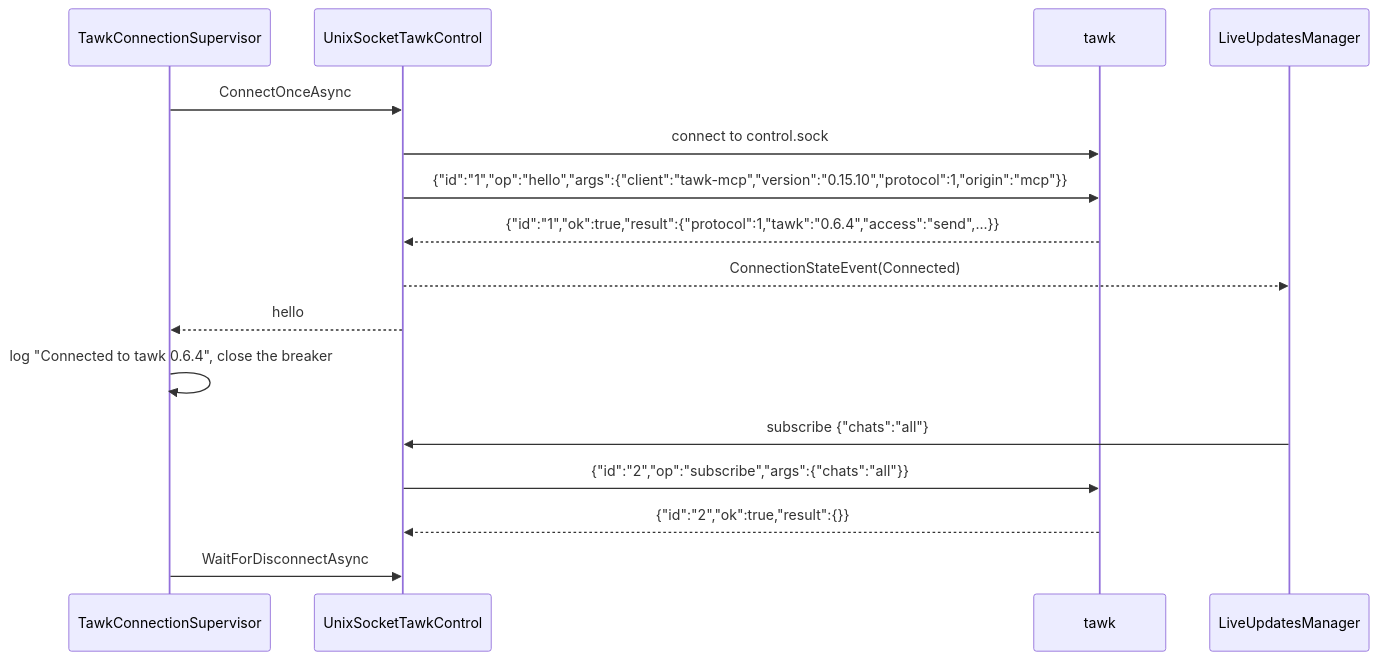
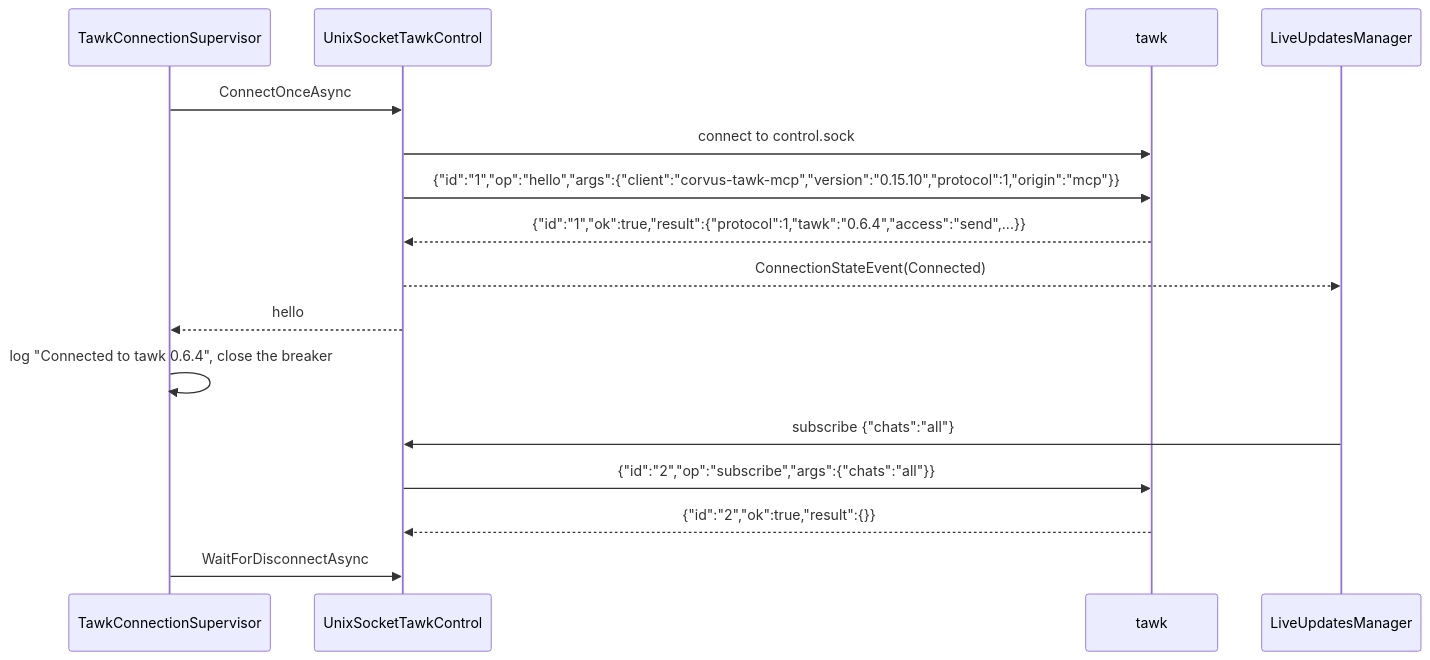
One commit to loganventer/Corvus.Mcp.Server.Tawk changed the first of 14 diagrams in HOW_IT_WORKS.md. Above: the diagram before and after it, drawn with Mermaid. The commit also changed other lines of this file and 15 other files, not shown here.

````diff
--- a/HOW_IT_WORKS.md
+++ b/HOW_IT_WORKS.md
@@ -31,19 +31,19 @@
 ```mermaid
 sequenceDiagram
     participant S as TawkConnectionSupervisor
     participant C as UnixSocketTawkControl
     participant T as tawk
     participant L as LiveUpdatesManager
 
     S->>C: ConnectOnceAsync
     C->>T: connect to control.sock
-    C->>T: {"id":"1","op":"hello","args":{"client":"tawk-mcp","version":"0.15.10","protocol":1,"origin":"mcp"}}
+    C->>T: {"id":"1","op":"hello","args":{"client":"corvus-tawk-mcp","version":"0.15.10","protocol":1,"origin":"mcp"}}
     T-->>C: {"id":"1","ok":true,"result":{"protocol":1,"tawk":"0.6.4","access":"send",...}}
     C-->>L: ConnectionStateEvent(Connected)
     C-->>S: hello
     S->>S: log "Connected to tawk 0.6.4", close the breaker
     L->>C: subscribe {"chats":"all"}
     C->>T: {"id":"2","op":"subscribe","args":{"chats":"all"}}
     T-->>C: {"id":"2","ok":true,"result":{}}
     S->>C: WaitForDisconnectAsync
 ```
````
